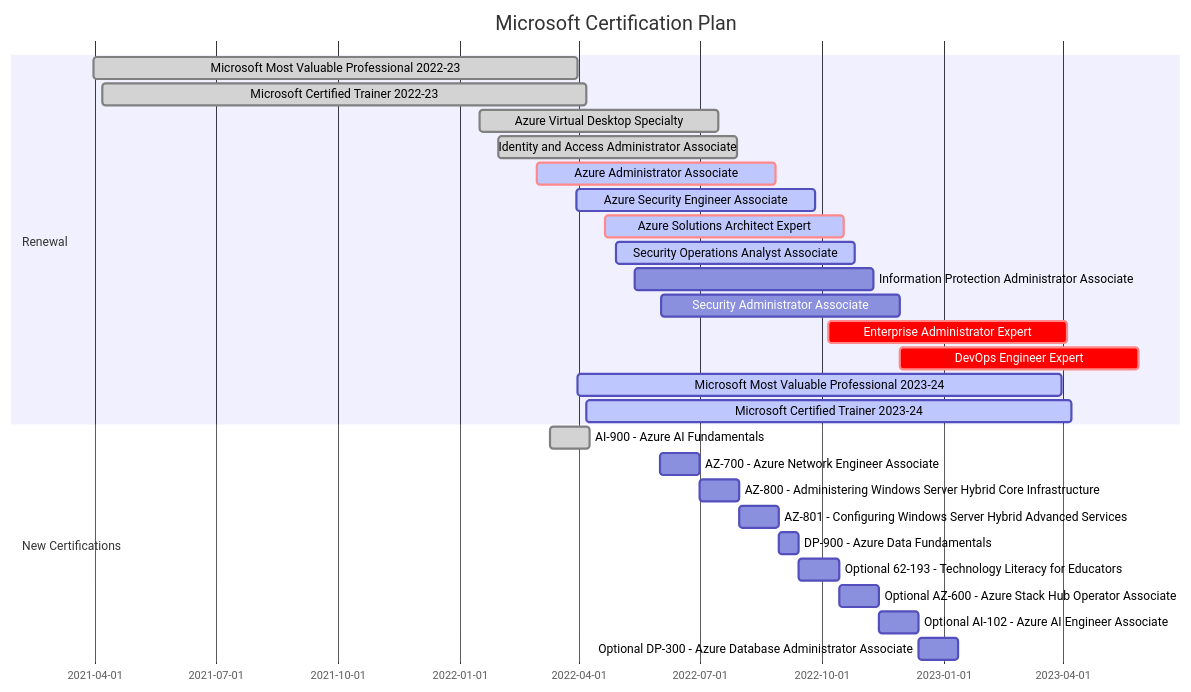
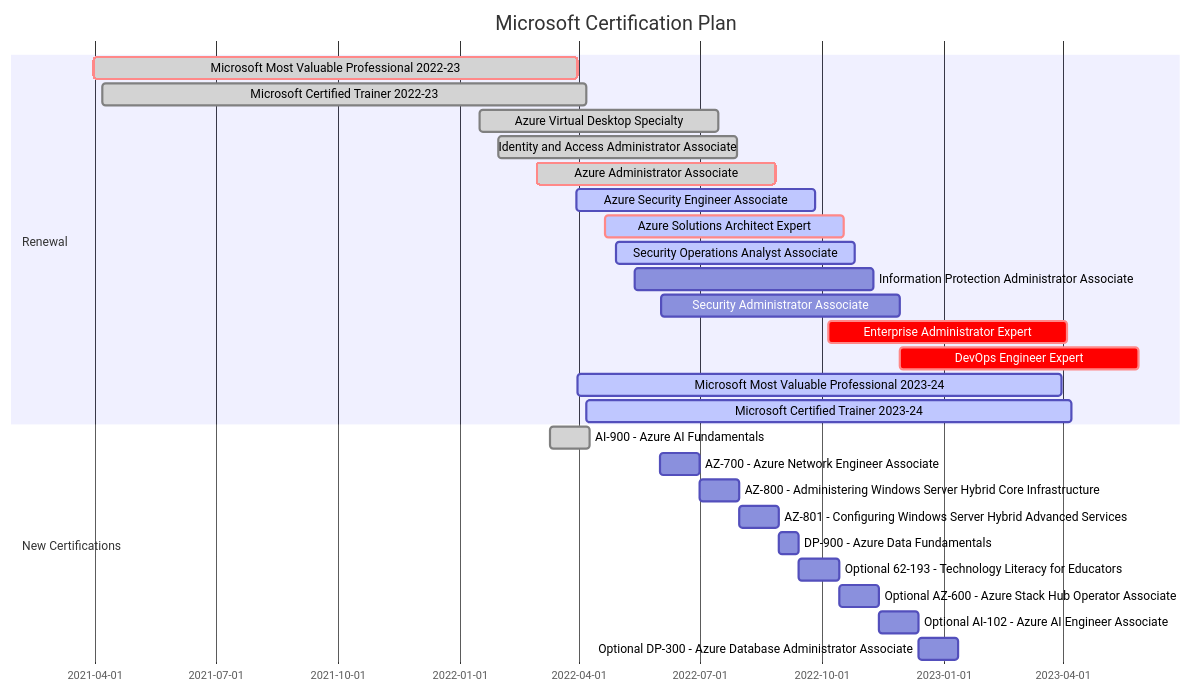
One commit to vukasinterzic/vukasinterzic changed the diagram in README.md. Above: the diagram before and after it, drawn with Mermaid.

````diff
--- a/README.md
+++ b/README.md
@@ -38,31 +38,31 @@
 ```mermaid
     gantt
     title Microsoft Certification Plan
     dateFormat  YYYY-MM-DD
     section Renewal
-    Microsoft Most Valuable Professional 2022-23    :done, 2021-03-31, 365d
+    Microsoft Most Valuable Professional 2022-23    :crit, done, 2021-03-31, 365d
     Microsoft Certified Trainer 2022-23             :done, 2021-04-07, 365d
     Azure Virtual Desktop Specialty                 :done, 2022-01-16, 180d
     Identity and Access Administrator Associate     :done, 2022-01-30, 180d
-    Azure Administrator Associate                   :crit, active, a2, 2022-02-28, 180d
+    Azure Administrator Associate                   :crit, done, a2, 2022-02-28, 180d
     Azure Security Engineer Associate               :active, 2022-03-30, 180d
     Azure Solutions Architect Expert                :crit, active, 2022-04-21, 180d
     Security Operations Analyst Associate           :active, 2022-04-29, 180d
     Information Protection Administrator Associate  :a6, 2022-05-13, 180d
     Security Administrator Associate                :a7, 2022-06-02, 180d
     Enterprise Administrator Expert                 :crit, a8, 2022-10-06, 180d
     DevOps Engineer Expert                          :crit, a9, 2022-11-29, 180d
     Microsoft Most Valuable Professional 2023-24    :active, 2022-03-31, 365d
     Microsoft Certified Trainer 2023-24             :active, 2022-04-07, 365d
 
     section New Certifications
     AI-900 - Azure AI Fundamentals                                      :done, 2022-03-10, 30d
     AZ-700 - Azure Network Engineer Associate                           :a12, 2022-06-01, 30d
     AZ-800 - Administering Windows Server Hybrid Core Infrastructure    :a13, after a12, 30d
     AZ-801 - Configuring Windows Server Hybrid Advanced Services        :a14, after a13, 30d
     DP-900 - Azure Data Fundamentals                                    :a15, after a14, 15d
     Optional 62-193 - Technology Literacy for Educators                 :a16, after a15, 30d
     Optional AZ-600 - Azure Stack Hub Operator Associate                :a17, after a16, 30d
     Optional AI-102 - Azure AI Engineer Associate                       :a18, after a17, 30d
     Optional DP-300 - Azure Database Administrator Associate            :a19, after a18, 30d
 ```
````
